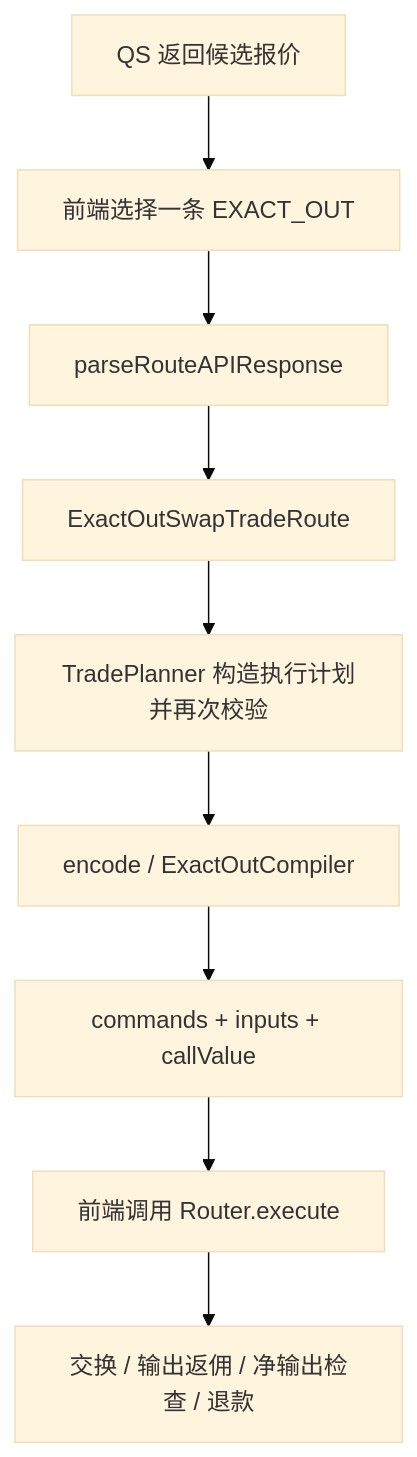
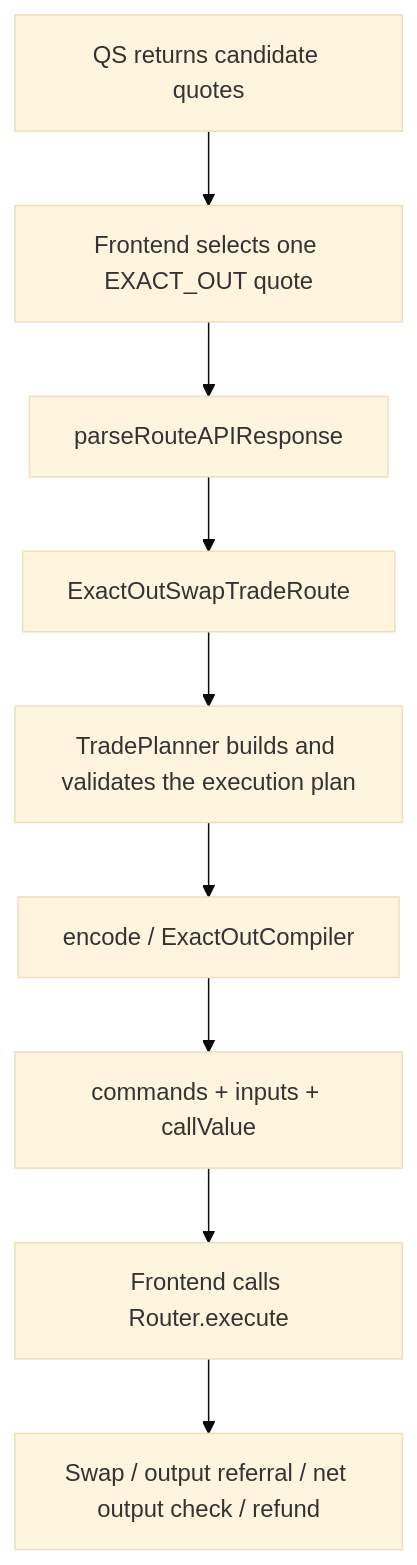
Before and after one commit to sun-protocol/universal-router-sdk: the diagram in docs/exact_out.md, drawn with Mermaid (base theme). The commit also changed other lines of this file and 1 other file, not shown here.

````diff
--- a/docs/exact_out.md
+++ b/docs/exact_out.md
@@ -20,11 +20,11 @@
 ```mermaid
 flowchart TD
-  QS[QS 返回候选报价] --> Select[前端选择一条 EXACT_OUT]
+  QS[QS returns candidate quotes] --> Select[Frontend selects one EXACT_OUT quote]
   Select --> Parse[parseRouteAPIResponse]
   Parse --> Route[ExactOutSwapTradeRoute]
-  Route --> Plan[TradePlanner 构造执行计划并再次校验]
+  Route --> Plan[TradePlanner builds and validates the execution plan]
   Plan --> Encode[encode / ExactOutCompiler]
   Encode --> Params[commands + inputs + callValue]
-  Params --> Execute[前端调用 Router.execute]
-  Execute --> Result[交换 / 输出返佣 / 净输出检查 / 退款]
+  Params --> Execute[Frontend calls Router.execute]
+  Execute --> Result[Swap / output referral / net output check / refund]
 ```
````
